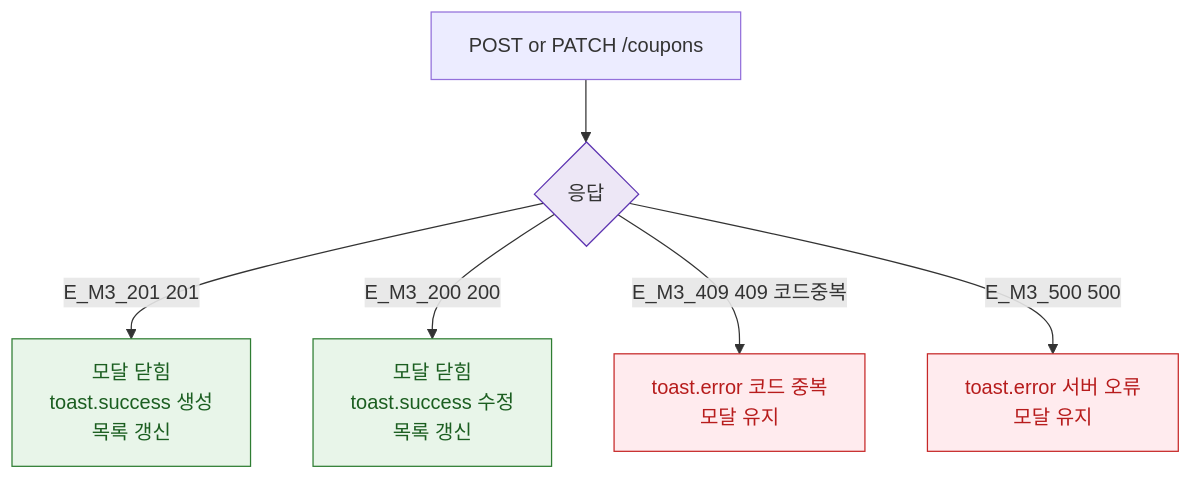
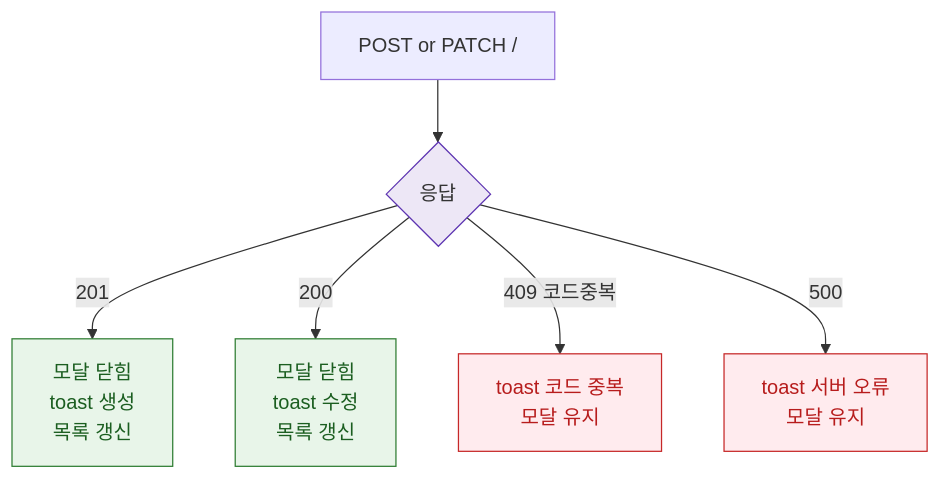
Before and after one commit to dev-spogym/admin-pando: the diagram in docs/다이어그램/D08_마케팅/DLG/DLG-073-001_쿠폰생성수정/M3_결과분기.md, drawn with Mermaid. The commit also changed other lines of this file and 1660 other files, not shown here.

First line of the commit message:
다이어그램: 기획자/클라이언트 납품본으로 정리

````diff
--- a/docs/다이어그램/D08_마케팅/DLG/DLG-073-001_쿠폰생성수정/M3_결과분기.md
+++ b/docs/다이어그램/D08_마케팅/DLG/DLG-073-001_쿠폰생성수정/M3_결과분기.md
@@ -14,16 +12,16 @@
 ```mermaid
 flowchart TD
-  API[POST or PATCH /coupons] --> RESP{응답}
-  RESP -->|E_M3_201 201| OK_C[모달 닫힘\ntoast.success 생성\n목록 갱신]
-  RESP -->|E_M3_200 200| OK_U[모달 닫힘\ntoast.success 수정\n목록 갱신]
-  RESP -->|E_M3_409 409 코드중복| ERR_DUP[toast.error 코드 중복\n모달 유지]
-  RESP -->|E_M3_500 500| ERR_SRV[toast.error 서버 오류\n모달 유지]
+  API[POST or PATCH /] --> RESP{응답}
+  RESP -->|201|OK_C[모달 닫힘\ntoast 생성\n목록 갱신]
+  RESP -->|200|OK_U[모달 닫힘\ntoast 수정\n목록 갱신]
+  RESP -->|409 코드중복|ERR_DUP[toast 코드 중복\n모달 유지]
+  RESP -->|500|ERR_SRV[toast 서버 오류\n모달 유지]
 
-  classDef success     fill:#E8F5E9,stroke:#2E7D32,color:#1B5E20
-  classDef error       fill:#FFEBEE,stroke:#C62828,color:#B71C1C
-  classDef system      fill:#EDE7F6,stroke:#5E35B2
+  classDef success fill:#E8F5E9,stroke:#2E7D32,color:#1B5E20
+  classDef error fill:#FFEBEE,stroke:#C62828,color:#B71C1C
+  classDef system fill:#EDE7F6,stroke:#5E35B2
 
   class OK_C,OK_U success
   class ERR_DUP,ERR_SRV error
   class RESP system
 ```
````
